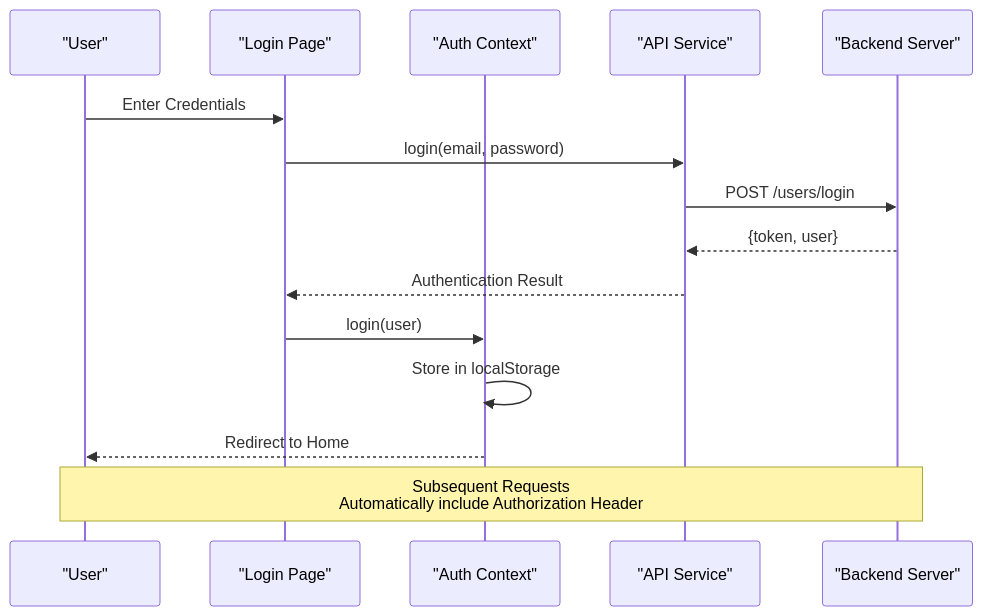
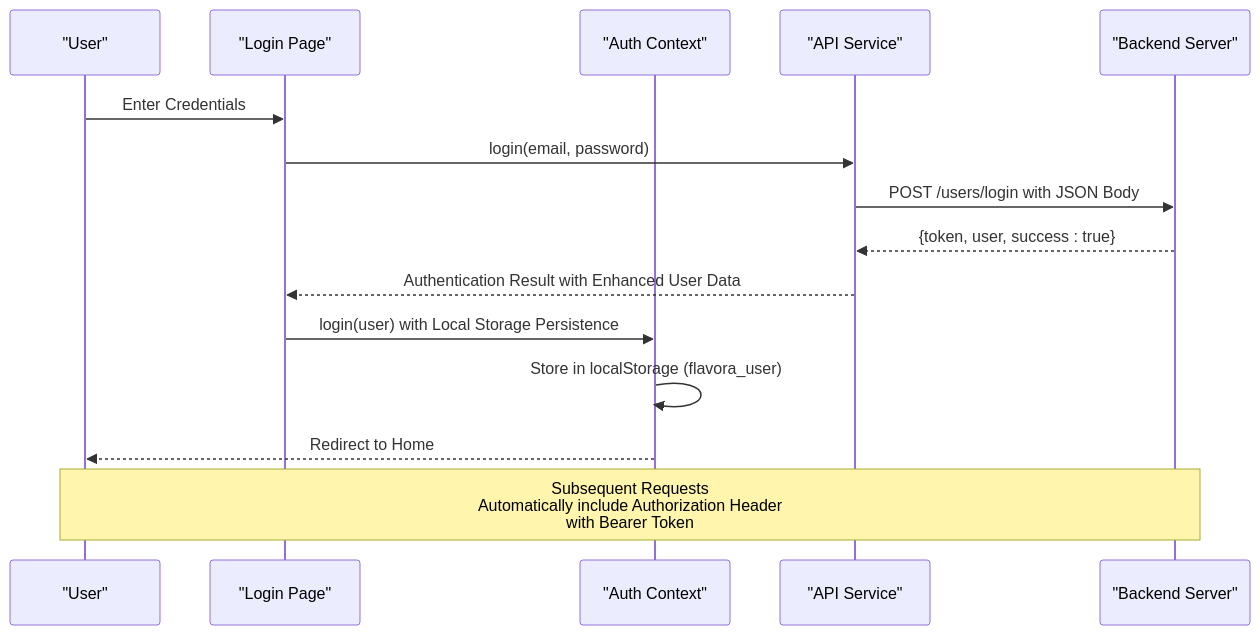
The seventh of 10 diagrams in .qoder/repowiki/en/content/Core Features/React Client Application/Frontend API Service.md (aayeshasiddiqah2611-pixel/flavora_ai_server), drawn with Mermaid before and after one commit. The commit also changed other lines of this file and 7 other files, not shown here.

````diff
--- a/.qoder/repowiki/en/content/Core Features/React Client Application/Frontend API Service.md
+++ b/.qoder/repowiki/en/content/Core Features/React Client Application/Frontend API Service.md
@@ -291,17 +314,17 @@
 ```mermaid
 sequenceDiagram
 participant User as "User"
 participant Login as "Login Page"
 participant AuthCtx as "Auth Context"
 participant API as "API Service"
 participant Server as "Backend Server"
 User->>Login : Enter Credentials
 Login->>API : login(email, password)
-API->>Server : POST /users/login
-Server-->>API : {token, user}
-API-->>Login : Authentication Result
-Login->>AuthCtx : login(user)
-AuthCtx->>AuthCtx : Store in localStorage
+API->>Server : POST /users/login with JSON Body
+Server-->>API : {token, user, success : true}
+API-->>Login : Authentication Result with Enhanced User Data
+Login->>AuthCtx : login(user) with Local Storage Persistence
+AuthCtx->>AuthCtx : Store in localStorage (flavora_user)
 AuthCtx-->>User : Redirect to Home
-Note over User,Server : Subsequent Requests<br/>Automatically include Authorization Header
+Note over User,Server : Subsequent Requests<br/>Automatically include Authorization Header<br/>with Bearer Token
 ```
````
